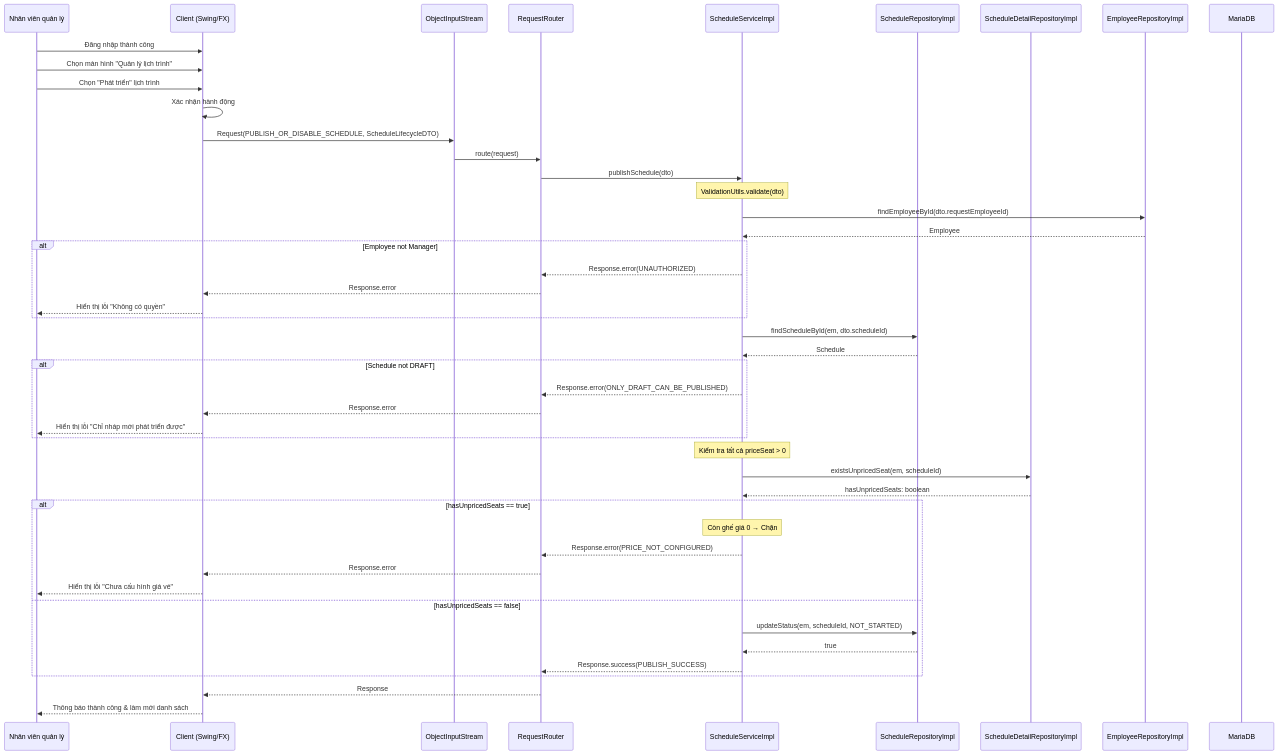
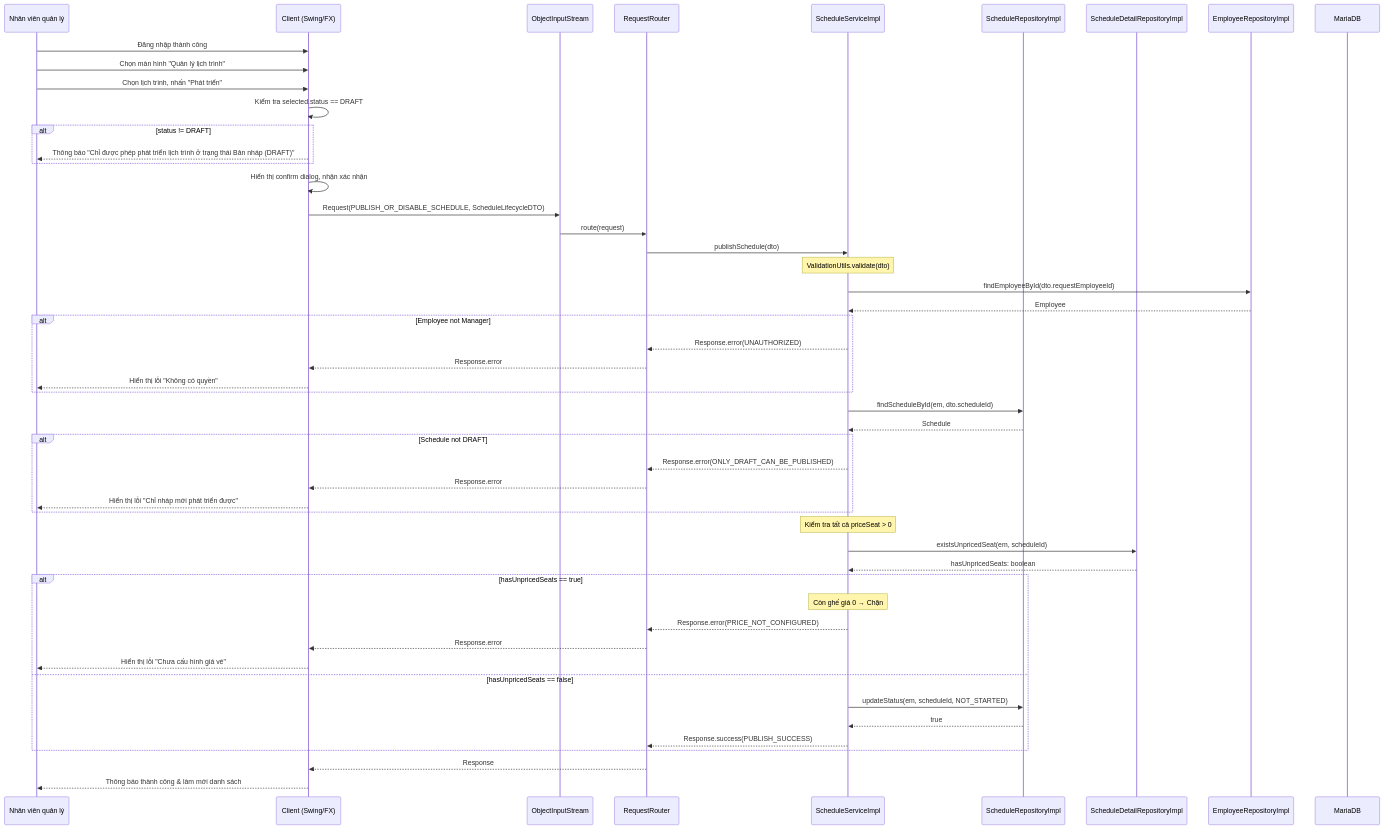
The third of 4 diagrams in docs/diagrams/sequence/uc008-vo-hieu-hoa-va-phat-trien-lich-trinh.md (Distributed-Programing-Project/railway-reservation-system-server), drawn with Mermaid before and after one commit. The commit also changed other lines of this file and 4 other files, not shown here.

````diff
--- a/docs/diagrams/sequence/uc008-vo-hieu-hoa-va-phat-trien-lich-trinh.md
+++ b/docs/diagrams/sequence/uc008-vo-hieu-hoa-va-phat-trien-lich-trinh.md
@@ -142,57 +146,61 @@
 ```mermaid
 sequenceDiagram
     participant User as Nhân viên quản lý
     participant UI as Client (Swing/FX)
     participant OIS as ObjectInputStream
     participant RR as RequestRouter
     participant SS as ScheduleServiceImpl
     participant SR as ScheduleRepositoryImpl
     participant SDR as ScheduleDetailRepositoryImpl
     participant ER as EmployeeRepositoryImpl
     participant DB as MariaDB
 
     User->>UI: Đăng nhập thành công
     User->>UI: Chọn màn hình "Quản lý lịch trình"
-    User->>UI: Chọn "Phát triển" lịch trình
-    UI->>UI: Xác nhận hành động
+    User->>UI: Chọn lịch trình, nhấn "Phát triển"
+    UI->>UI: Kiểm tra selected.status == DRAFT
+    alt status != DRAFT
+        UI-->>User: Thông báo "Chỉ được phép phát triển lịch trình ở trạng thái Bản nháp (DRAFT)"
+    end
+    UI->>UI: Hiển thị confirm dialog, nhận xác nhận
     UI->>OIS: Request(PUBLISH_OR_DISABLE_SCHEDULE, ScheduleLifecycleDTO)
     OIS->>RR: route(request)
     RR->>SS: publishSchedule(dto)
 
     Note over SS: ValidationUtils.validate(dto)
     SS->>ER: findEmployeeById(dto.requestEmployeeId)
     ER-->>SS: Employee
 
     alt Employee not Manager
         SS-->>RR: Response.error(UNAUTHORIZED)
         RR-->>UI: Response.error
         UI-->>User: Hiển thị lỗi "Không có quyền"
     end
 
     SS->>SR: findScheduleById(em, dto.scheduleId)
     SR-->>SS: Schedule
 
     alt Schedule not DRAFT
         SS-->>RR: Response.error(ONLY_DRAFT_CAN_BE_PUBLISHED)
         RR-->>UI: Response.error
         UI-->>User: Hiển thị lỗi "Chỉ nháp mới phát triển được"
     end
 
     Note over SS: Kiểm tra tất cả priceSeat > 0
     SS->>SDR: existsUnpricedSeat(em, scheduleId)
     SDR-->>SS: hasUnpricedSeats: boolean
 
     alt hasUnpricedSeats == true
         Note over SS: Còn ghế giá 0 → Chặn
         SS-->>RR: Response.error(PRICE_NOT_CONFIGURED)
         RR-->>UI: Response.error
         UI-->>User: Hiển thị lỗi "Chưa cấu hình giá vé"
     else hasUnpricedSeats == false
         SS->>SR: updateStatus(em, scheduleId, NOT_STARTED)
         SR-->>SS: true
         SS-->>RR: Response.success(PUBLISH_SUCCESS)
     end
 
     RR-->>UI: Response
     UI-->>User: Thông báo thành công & làm mới danh sách
 ```
````
